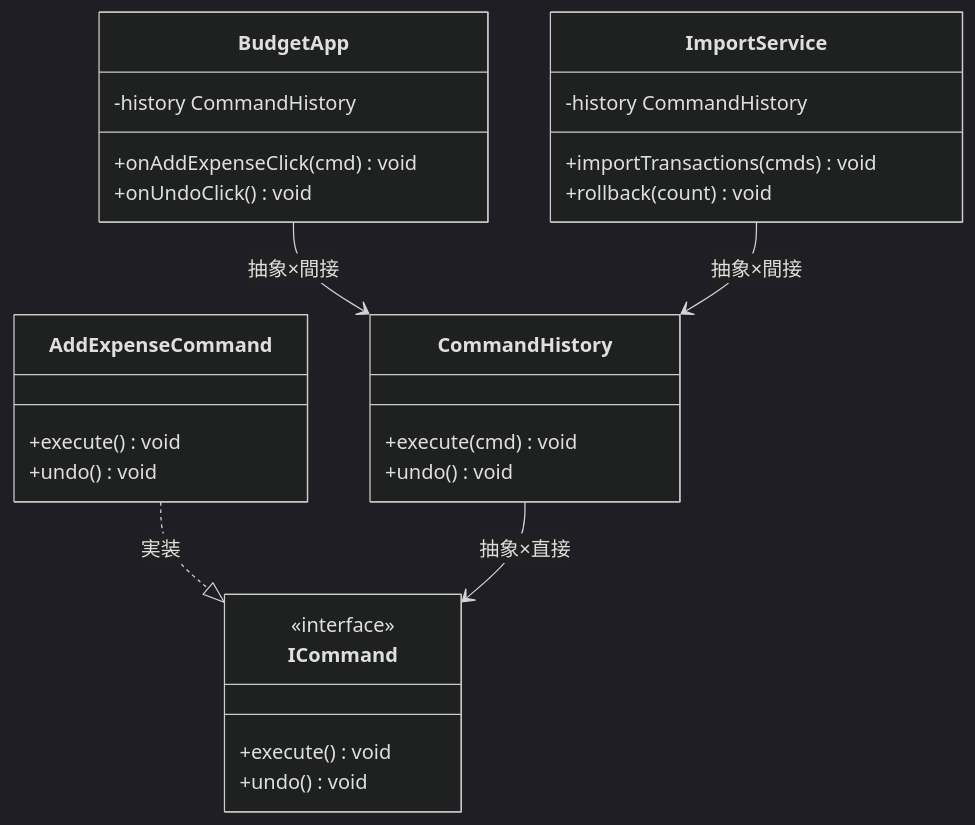
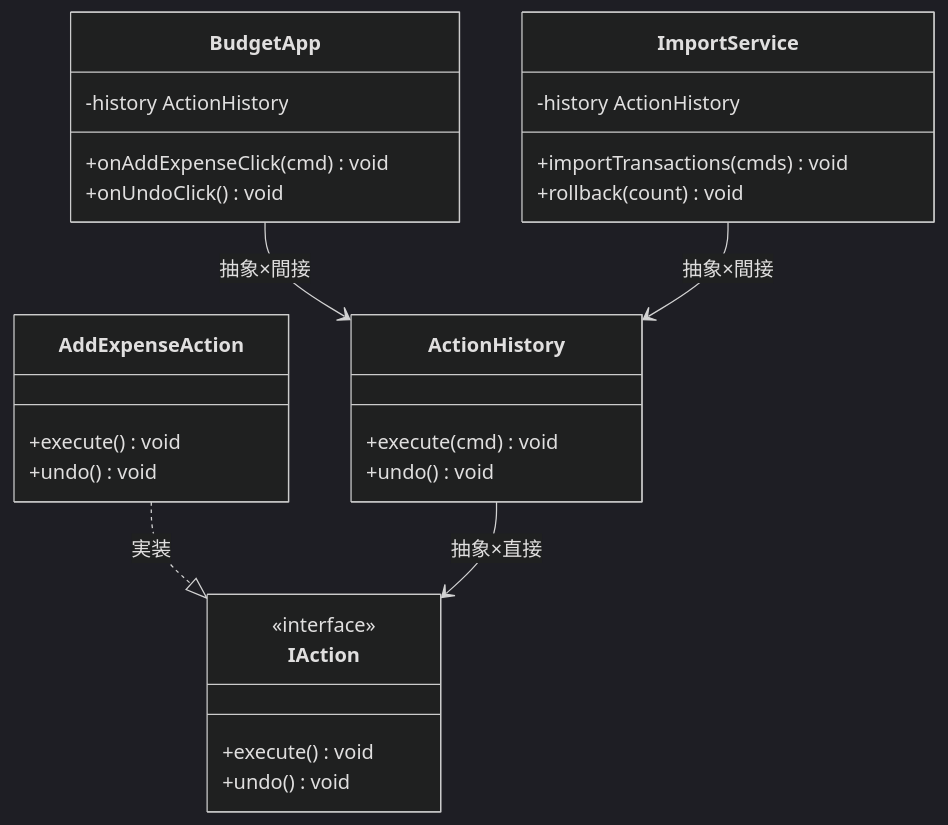
One commit to kumachan1101-pixel/DesignPattern changed the seventh of 10 diagrams in kindle/design-patterns/output/chapter05.md. Above: the diagram before and after it, drawn with Mermaid (dark theme). The commit also changed other lines of this file and 1 other file, not shown here.

````diff
--- a/kindle/design-patterns/output/chapter05.md
+++ b/kindle/design-patterns/output/chapter05.md
@@ -826,30 +827,30 @@
 ```mermaid
 classDiagram
-    class ICommand {
+    class IAction {
         <<interface>>
         +execute() void
         +undo() void
     }
-    class AddExpenseCommand {
+    class AddExpenseAction {
         +execute() void
         +undo() void
     }
-    class CommandHistory {
+    class ActionHistory {
         +execute(cmd) void
         +undo() void
     }
     class BudgetApp {
-        -history CommandHistory
+        -history ActionHistory
         +onAddExpenseClick(cmd) void
         +onUndoClick() void
     }
     class ImportService {
-        -history CommandHistory
+        -history ActionHistory
         +importTransactions(cmds) void
         +rollback(count) void
     }
-    AddExpenseCommand ..|> ICommand : 実装
-    CommandHistory --> ICommand : 抽象×直接
-    BudgetApp --> CommandHistory : 抽象×間接
-    ImportService --> CommandHistory : 抽象×間接
+    AddExpenseAction ..|> IAction : 実装
+    ActionHistory --> IAction : 抽象×直接
+    BudgetApp --> ActionHistory : 抽象×間接
+    ImportService --> ActionHistory : 抽象×間接
 ```
````
